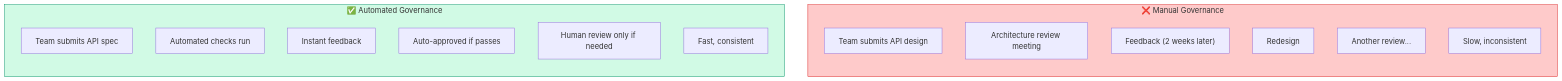
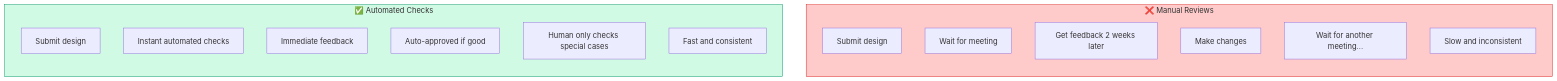
Before and after one commit to rilov/handbook: diagram 13 of 16 in _topics/scaling-api-design-architecture-part-2.md, drawn with Mermaid. The commit also changed other lines of this file, not shown here.

```diff
--- a/_topics/scaling-api-design-architecture-part-2.md
+++ b/_topics/scaling-api-design-architecture-part-2.md
@@ -776,25 +744,25 @@
 <div class="mermaid">
 flowchart TD
-    subgraph manual["❌ Manual Governance"]
+    subgraph manual["❌ Manual Reviews"]
         direction TB
-        M1["Team submits API design"]
-        M2["Architecture review meeting"]
-        M3["Feedback (2 weeks later)"]
-        M4["Redesign"]
-        M5["Another review..."]
-        Note1["Slow, inconsistent"]
+        M1["Submit design"]
+        M2["Wait for meeting"]
+        M3["Get feedback 2 weeks later"]
+        M4["Make changes"]
+        M5["Wait for another meeting..."]
+        Note1["Slow and inconsistent"]
     end
     
-    subgraph auto["✅ Automated Governance"]
+    subgraph auto["✅ Automated Checks"]
         direction TB
-        A1["Team submits API spec"]
-        A2["Automated checks run"]
-        A3["Instant feedback"]
-        A4["Auto-approved if passes"]
-        A5["Human review only if needed"]
-        Note2["Fast, consistent"]
+        A1["Submit design"]
+        A2["Instant automated checks"]
+        A3["Immediate feedback"]
+        A4["Auto-approved if good"]
+        A5["Human only checks special cases"]
+        Note2["Fast and consistent"]
     end
     
     style manual fill:#fecaca,stroke:#dc2626
     style auto fill:#d1fae5,stroke:#059669
 </div>
```
